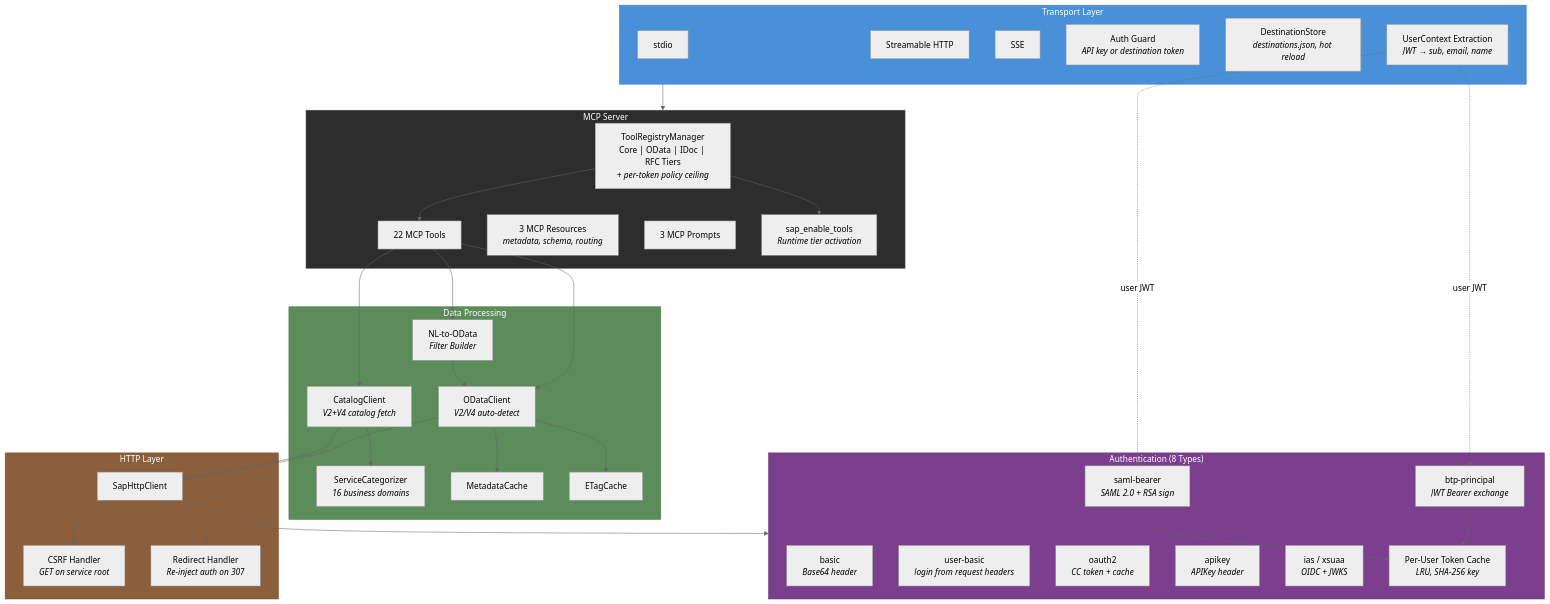
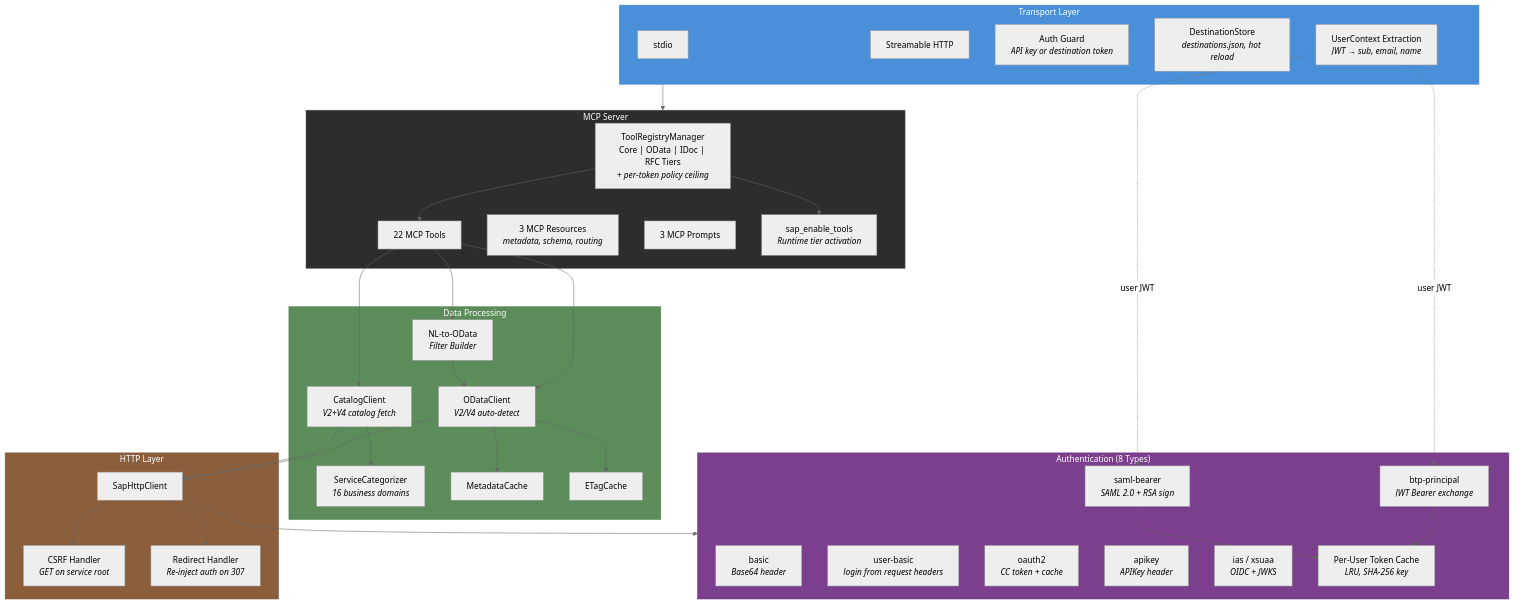
One commit to guniweb/guniweb-sap-mcp changed the first of 10 diagrams in docs/architecture.md. Above: the diagram before and after it, drawn with Mermaid (neutral theme). The commit also changed other lines of this file and 5 other files, not shown here.

````diff
--- a/docs/architecture.md
+++ b/docs/architecture.md
@@ -7,71 +7,70 @@
 ```mermaid
 graph TB
     subgraph Transport["Transport Layer"]
         stdio["stdio"]
         http["Streamable HTTP"]
-        sse["SSE"]
         apikey["Auth Guard<br/><i>API key or destination token</i>"]
         dest["DestinationStore<br/><i>destinations.json, hot reload</i>"]
         userctx["UserContext Extraction<br/><i>JWT &rarr; sub, email, name</i>"]
     end
 
     subgraph MCP["MCP Server"]
         registry["ToolRegistryManager<br/>Core | OData | IDoc | RFC Tiers<br/><i>+ per-token policy ceiling</i>"]
         tools["22 MCP Tools"]
         resources["3 MCP Resources<br/><i>metadata, schema, routing</i>"]
         prompts["3 MCP Prompts"]
         meta["sap_enable_tools<br/><i>Runtime tier activation</i>"]
         registry --> tools
         registry --> meta
     end
 
     subgraph Data["Data Processing"]
         odata["ODataClient<br/><i>V2/V4 auto-detect</i>"]
         catalog["CatalogClient<br/><i>V2+V4 catalog fetch</i>"]
         categorizer["ServiceCategorizer<br/><i>16 business domains</i>"]
         nlquery["NL-to-OData<br/><i>Filter Builder</i>"]
         metadata["MetadataCache"]
         etag["ETagCache"]
     end
 
     subgraph HTTP["HTTP Layer"]
         httpclient["SapHttpClient"]
         csrf["CSRF Handler<br/><i>GET on service root</i>"]
         redirect["Redirect Handler<br/><i>Re-inject auth on 307</i>"]
     end
 
     subgraph Auth["Authentication (8 Types)"]
         basic["basic<br/><i>Base64 header</i>"]
         userbasic["user-basic<br/><i>login from request headers</i>"]
         oauth2["oauth2<br/><i>CC token + cache</i>"]
         apikey2["apikey<br/><i>APIKey header</i>"]
         ias["ias / xsuaa<br/><i>OIDC + JWKS</i>"]
         btp["btp-principal<br/><i>JWT Bearer exchange</i>"]
         saml["saml-bearer<br/><i>SAML 2.0 + RSA sign</i>"]
         tokencache["Per-User Token Cache<br/><i>LRU, SHA-256 key</i>"]
     end
 
     Transport --> MCP
     tools --> odata
     tools --> catalog
     tools --> nlquery
     catalog --> categorizer
     nlquery --> odata
     odata --> httpclient
     odata --> metadata
     odata --> etag
     catalog --> httpclient
     httpclient --> csrf
     httpclient --> redirect
     httpclient --> Auth
     btp --> tokencache
     saml --> tokencache
     userctx -.->|"user JWT"| btp
     userctx -.->|"user JWT"| saml
 
     style Transport fill:#4a90d9,color:#fff,stroke:#3a7bc8
     style MCP fill:#2d2d2d,color:#fff,stroke:#555
     style Data fill:#5b8c5a,color:#fff,stroke:#4b7c4a
     style HTTP fill:#8b5e3c,color:#fff,stroke:#7b4e2c
     style Auth fill:#7b3f8d,color:#fff,stroke:#6b2f7d
 ```
````
